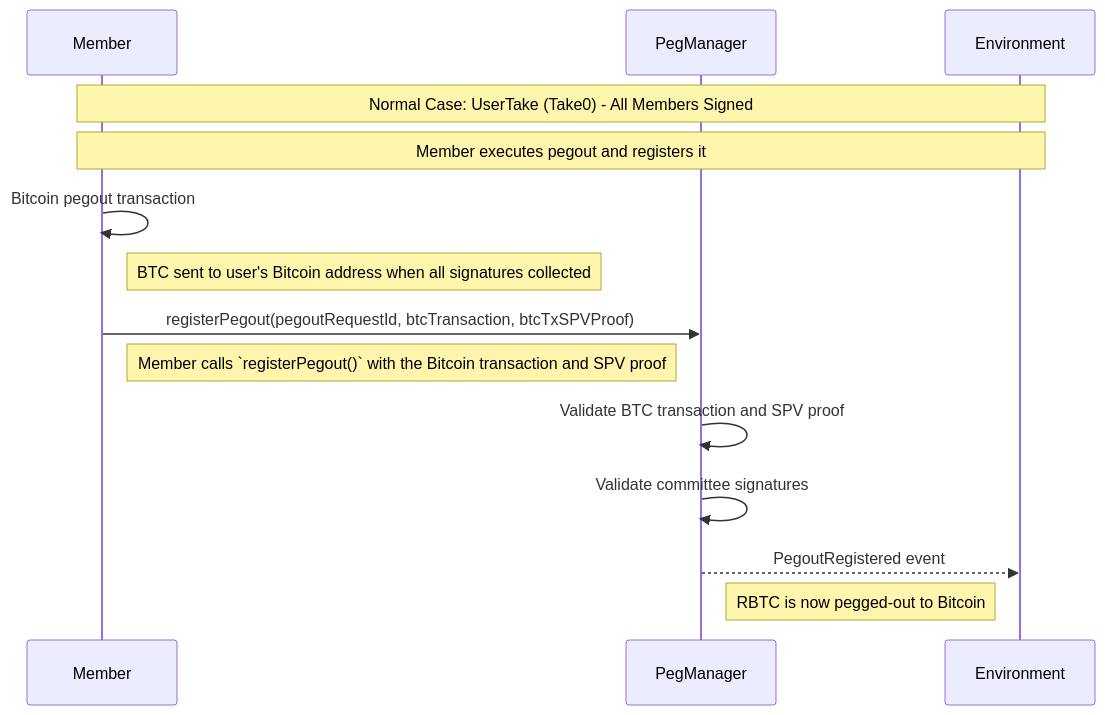
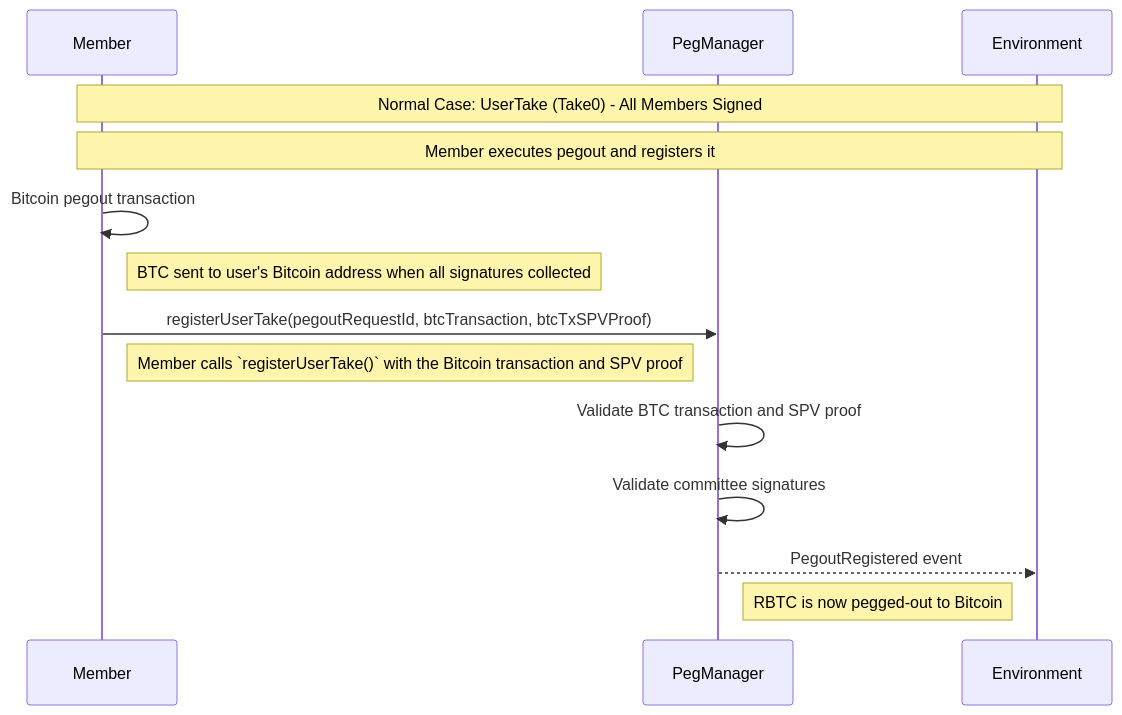
One commit to rsksmart/union-bridge-contracts changed the tenth of 11 diagrams in README.md. Above: the diagram before and after it, drawn with Mermaid. The commit also changed other lines of this file and 9 other files, not shown here.

Commit message:
Rename registerPegout to registerUserTake

````diff
--- a/README.md
+++ b/README.md
@@ -310,19 +310,19 @@
 ```mermaid
 sequenceDiagram
     participant M as Member
     participant PM as PegManager
     participant ENV as Environment
 
     Note over M,ENV: Normal Case: UserTake (Take0) - All Members Signed
     Note over M,ENV: Member executes pegout and registers it
 
     M->>M: Bitcoin pegout transaction
     Note right of M: BTC sent to user's Bitcoin address when all signatures collected
 
-    M->>PM: registerPegout(pegoutRequestId, btcTransaction, btcTxSPVProof)
-    Note right of M: Member calls `registerPegout()` with the Bitcoin transaction and SPV proof
+    M->>PM: registerUserTake(pegoutRequestId, btcTransaction, btcTxSPVProof)
+    Note right of M: Member calls `registerUserTake()` with the Bitcoin transaction and SPV proof
     PM->>PM: Validate BTC transaction and SPV proof
     PM->>PM: Validate committee signatures
     PM-->>ENV: PegoutRegistered event
     Note right of PM: RBTC is now pegged-out to Bitcoin
 ```
````
